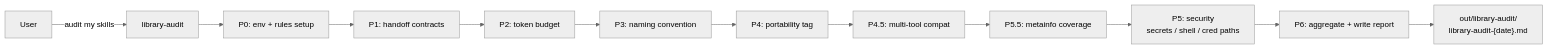
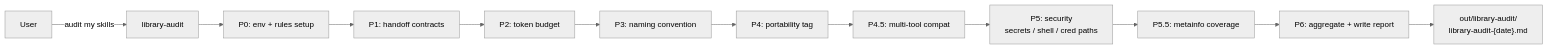
Before and after one commit to artemrudenko/skill-governance-toolkit: the fifth of 9 diagrams in docs/user-guide.md, drawn with Mermaid (neutral theme). The commit also changed other lines of this file and 1 other file, not shown here.

````diff
--- a/docs/user-guide.md
+++ b/docs/user-guide.md
@@ -339,14 +228,14 @@
 ```mermaid
 flowchart LR
     U[User] -->|"audit my skills"| LA[library-audit]
     LA --> P0[P0: env + rules setup]
     P0 --> P1[P1: handoff contracts]
     P1 --> P2[P2: token budget]
     P2 --> P3[P3: naming convention]
     P3 --> P4[P4: portability tag]
     P4 --> P45[P4.5: multi-tool compat]
-    P45 --> P55[P5.5: metainfo coverage]
-    P55 --> P5[P5: security<br/>secrets / shell / cred paths]
-    P5 --> P6[P6: aggregate + write report]
+    P45 --> P5[P5: security<br/>secrets / shell / cred paths]
+    P5 --> P55[P5.5: metainfo coverage]
+    P55 --> P6[P6: aggregate + write report]
     P6 --> OUT["out/library-audit/<br/>library-audit-{date}.md"]
 ```
````
